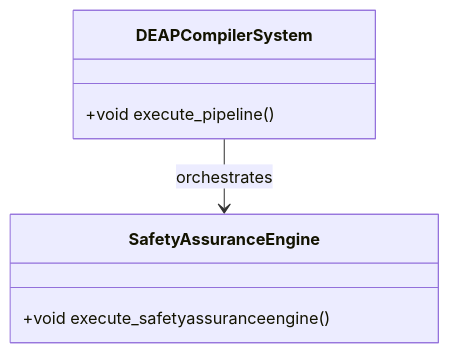
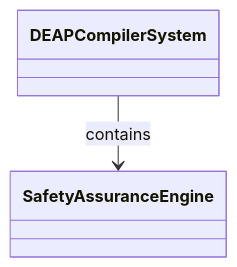
Before and after one commit to gintatkinson/dumpiler-01: the diagram in docs/features/FEAT-36-SafetyAssuranceEngine.md, drawn with Mermaid. The commit also changed other lines of this file and 101 other files, not shown here.

````diff
--- a/docs/features/FEAT-36-SafetyAssuranceEngine.md
+++ b/docs/features/FEAT-36-SafetyAssuranceEngine.md
@@ -25,10 +29,6 @@
 ```mermaid
 classDiagram
-    class DEAPCompilerSystem {
-        +void execute_pipeline()
-    }
-    class SafetyAssuranceEngine {
-        +void execute_safetyassuranceengine()
-    }
-    DEAPCompilerSystem --> SafetyAssuranceEngine : orchestrates
+    class DEAPCompilerSystem
+    class SafetyAssuranceEngine
+    DEAPCompilerSystem --> SafetyAssuranceEngine : contains
 ```
````
